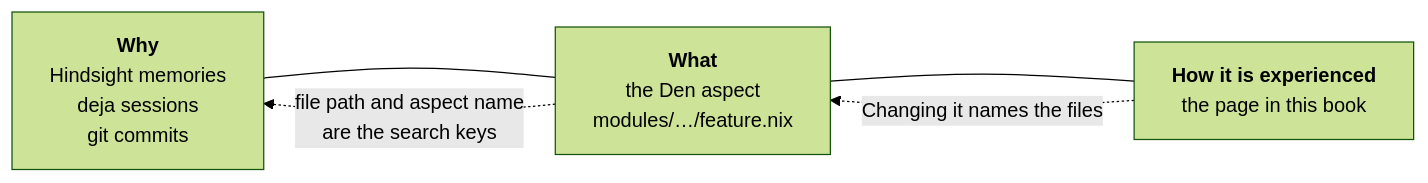
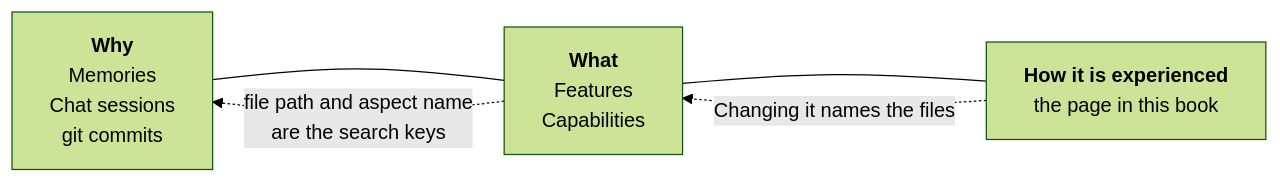
Before and after one commit to Cody-W-Tucker/nix-config: the diagram in docs/src/index.md, drawn with Mermaid (forest theme). The commit also changed other lines of this file and 60 other files, not shown here.

````diff
--- a/docs/src/index.md
+++ b/docs/src/index.md
@@ -9,9 +23,9 @@
 ```mermaid
 flowchart LR
-    why["<b>Why</b><br/>Hindsight memories<br/>deja sessions<br/>git commits"]
-    what["<b>What</b><br/>the Den aspect<br/>modules/…/feature.nix"]
+    why["<b>Why</b><br/>Memories<br/>Chat sessions<br/>git commits"]
+    what["<b>What</b><br/>Features<br/>Capabilities"]
     how["<b>How it is experienced</b><br/>the page in this book"]
     why --- what --- how
     how -. "Changing it names the files" .-> what
     what -. "file path and aspect name<br/>are the search keys" .-> why
 ```
````
